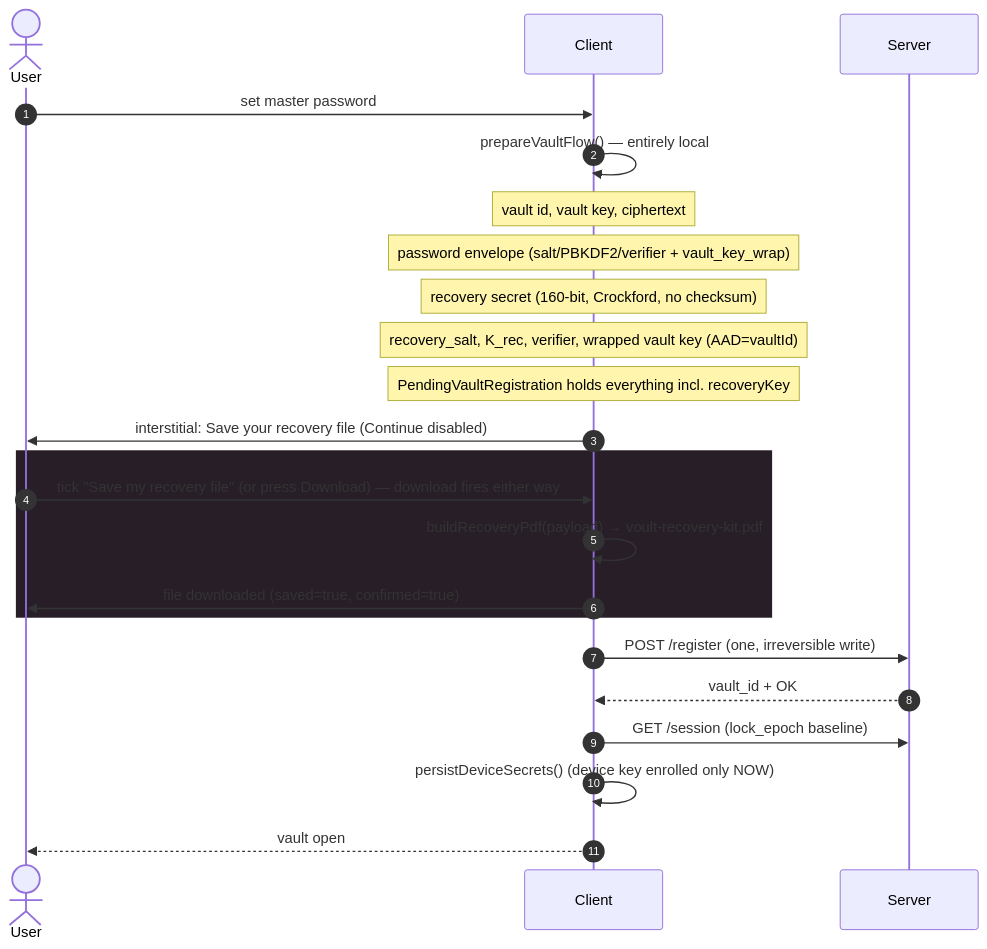
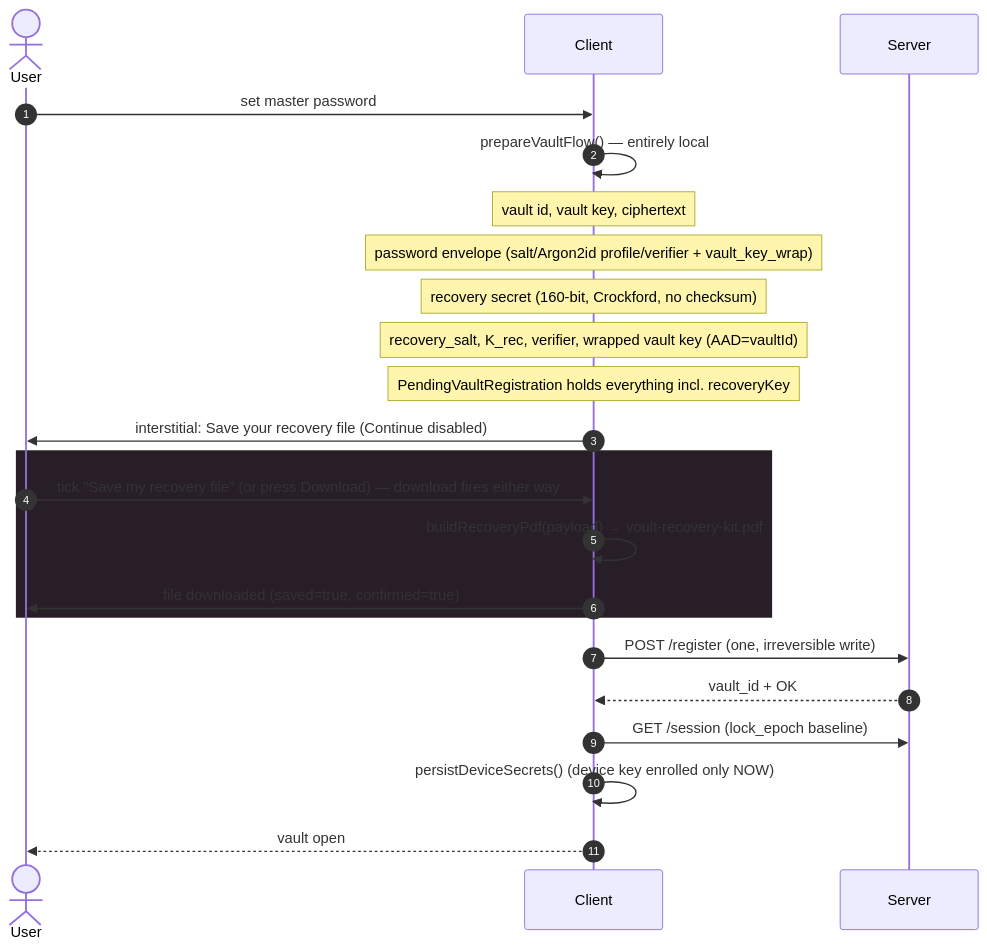
One commit to lucytang1/voult changed the first of 6 diagrams in docs/Vault-recovery-flow.md. Above: the diagram before and after it, drawn with Mermaid. The commit also changed other lines of this file and 54 other files, not shown here.

First line of the commit message:
feat(crypto): Argon2id password KDF with versioned profiles

````diff
--- a/docs/Vault-recovery-flow.md
+++ b/docs/Vault-recovery-flow.md
@@ -35,27 +35,27 @@
 ```mermaid
 sequenceDiagram
 autonumber
 actor U as User
 participant C as Client
 participant S as Server
 
 U->>C: set master password
 C->>C: prepareVaultFlow() — entirely local
 Note over C: vault id, vault key, ciphertext
-Note over C: password envelope (salt/PBKDF2/verifier + vault_key_wrap)
+Note over C: password envelope (salt/Argon2id profile/verifier + vault_key_wrap)
 Note over C: recovery secret (160-bit, Crockford, no checksum)
 Note over C: recovery_salt, K_rec, verifier, wrapped vault key (AAD=vaultId)
 Note over C: PendingVaultRegistration holds everything incl. recoveryKey
 
 C->>U: interstitial: Save your recovery file (Continue disabled)
 rect rgb(40,30,40)
 U->>C: tick "Save my recovery file" (or press Download) — download fires either way
 C->>C: buildRecoveryPdf(payload) → voult-recovery-kit.pdf
 C->>U: file downloaded (saved=true, confirmed=true)
 end
 C->>S: POST /register (one, irreversible write)
 S-->>C: vault_id + OK
 C->>S: GET /session (lock_epoch baseline)
 C->>C: persistDeviceSecrets()  (device key enrolled only NOW)
 C-->>U: vault open
 ```
````
